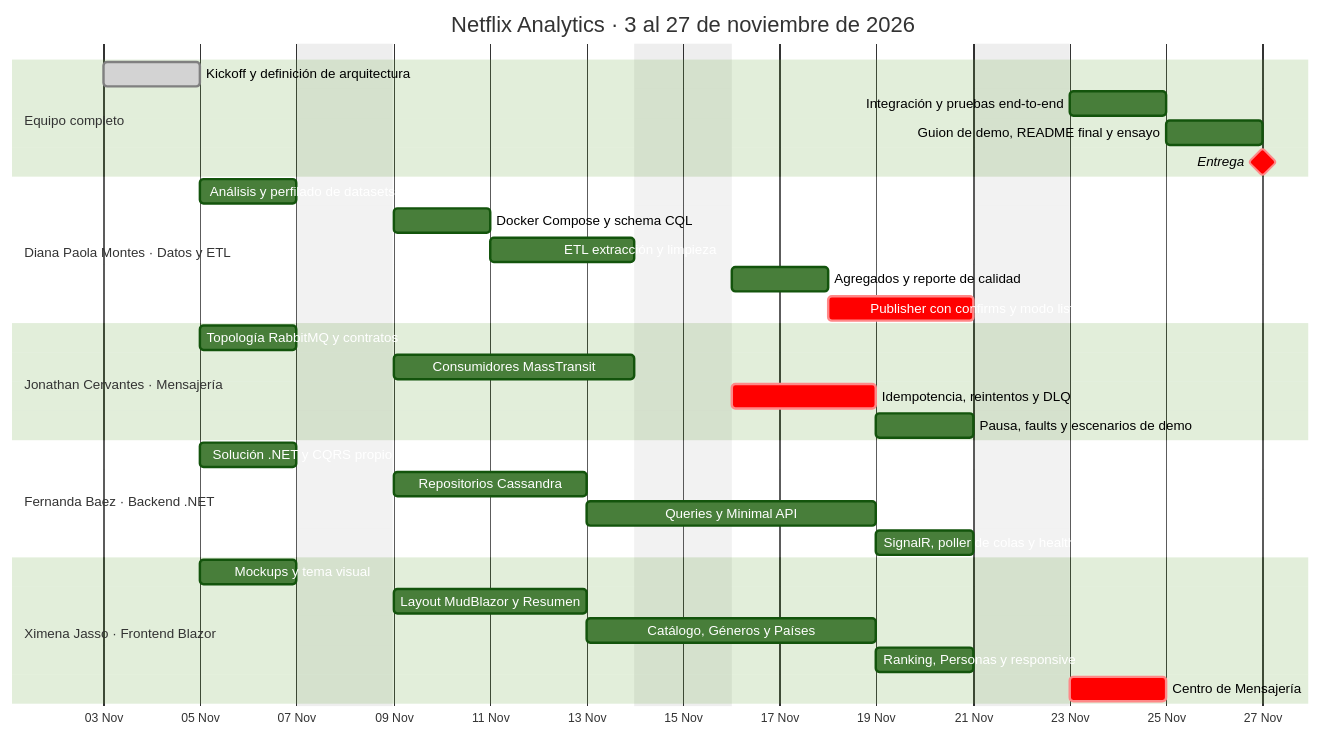
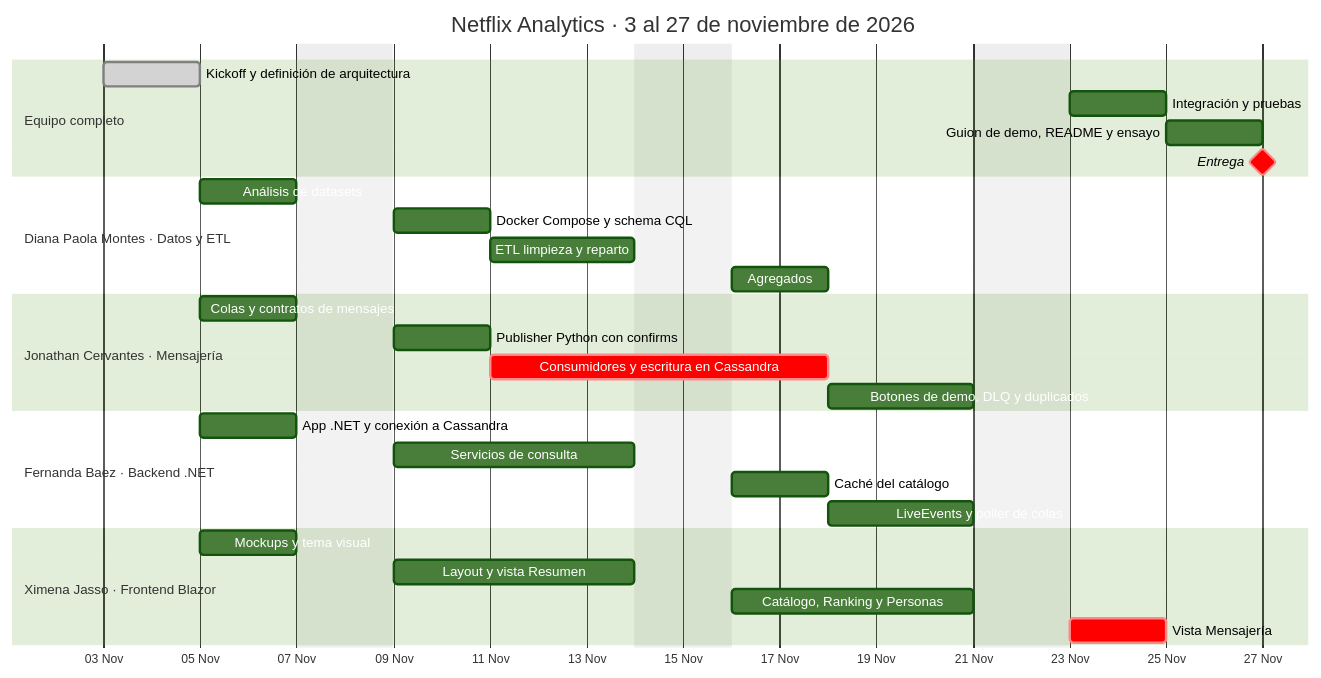
The second of 2 diagrams in README.md (dPaolaMon/BDNOSQL-Netflix), drawn with Mermaid (forest theme) before and after one commit. The commit also changed other lines of this file and 11 other files, not shown here.

````diff
--- a/README.md
+++ b/README.md
@@ -125,40 +128,38 @@
 ```mermaid
 gantt
     title Netflix Analytics · 3 al 27 de noviembre de 2026
     dateFormat YYYY-MM-DD
     axisFormat %d %b
     excludes weekends
     todayMarker off
 
     section Equipo completo
     Kickoff y definición de arquitectura        :done, t1, 2026-11-03, 2d
-    Integración y pruebas end-to-end            :t2, 2026-11-23, 2d
-    Guion de demo, README final y ensayo        :t3, 2026-11-25, 2d
+    Integración y pruebas                   :t2, 2026-11-23, 2d
+    Guion de demo, README y ensayo          :t3, 2026-11-25, 2d
     Entrega                                     :milestone, crit, m1, 2026-11-27, 0d
 
     section Diana Paola Montes · Datos y ETL
-    Análisis y perfilado de datasets            :d1, 2026-11-05, 2d
-    Docker Compose y schema CQL                 :d2, 2026-11-09, 2d
-    ETL extracción y limpieza                   :d3, 2026-11-11, 3d
-    Agregados y reporte de calidad              :d4, 2026-11-16, 2d
-    Publisher con confirms y modo listen        :crit, d5, 2026-11-18, 3d
+    Análisis de datasets                        :d1, 2026-11-05, 2d
+    Docker Compose y schema CQL             :d2, 2026-11-09, 2d
+    ETL limpieza y reparto                  :d3, 2026-11-11, 3d
+    Agregados                               :d4, 2026-11-16, 2d
 
     section Jonathan Cervantes · Mensajería
-    Topología RabbitMQ y contratos              :j1, 2026-11-05, 2d
-    Consumidores MassTransit                    :j2, 2026-11-09, 5d
-    Idempotencia, reintentos y DLQ              :crit, j3, 2026-11-16, 3d
-    Pausa, faults y escenarios de demo          :j4, 2026-11-19, 2d
+    Colas y contratos de mensajes               :j1, 2026-11-05, 2d
+    Publisher Python con confirms           :j2, 2026-11-09, 2d
+    Consumidores y escritura en Cassandra   :crit, j3, 2026-11-11, 5d
+    Botones de demo, DLQ y duplicados       :j4, 2026-11-18, 3d
 
     section Fernanda Baez · Backend .NET
-    Solución .NET y CQRS propio                 :f1, 2026-11-05, 2d
-    Repositorios Cassandra                      :f2, 2026-11-09, 4d
-    Queries y Minimal API                       :f3, 2026-11-13, 4d
-    SignalR, poller de colas y health           :f4, 2026-11-19, 2d
+    App .NET y conexión a Cassandra         :f1, 2026-11-05, 2d
+    Servicios de consulta                   :f2, 2026-11-09, 5d
+    Caché del catálogo                      :f3, 2026-11-16, 2d
+    LiveEvents y poller de colas            :f4, 2026-11-18, 3d
 
     section Ximena Jasso · Frontend Blazor
     Mockups y tema visual                       :x1, 2026-11-05, 2d
-    Layout MudBlazor y Resumen                  :x2, 2026-11-09, 4d
-    Catálogo, Géneros y Países                  :x3, 2026-11-13, 4d
-    Ranking, Personas y responsive              :x4, 2026-11-19, 2d
-    Centro de Mensajería                        :crit, x5, 2026-11-23, 2d
+    Layout y vista Resumen                  :x2, 2026-11-09, 5d
+    Catálogo, Ranking y Personas            :x3, 2026-11-16, 5d
+    Vista Mensajería                        :crit, x4, 2026-11-23, 2d
 ```
````
